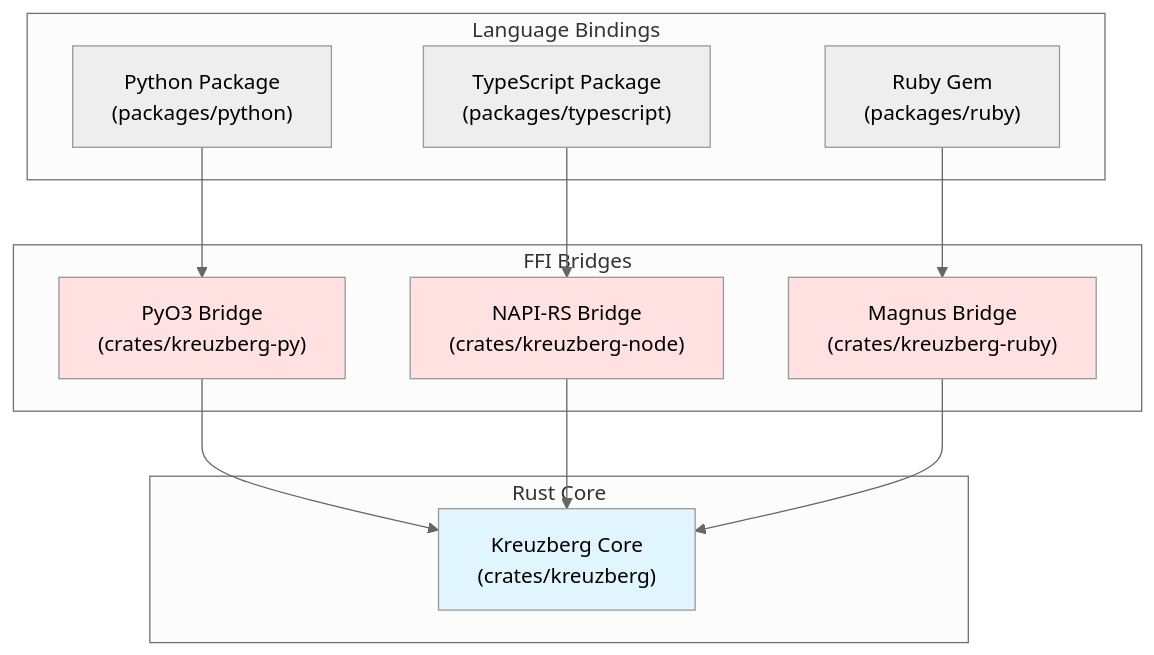
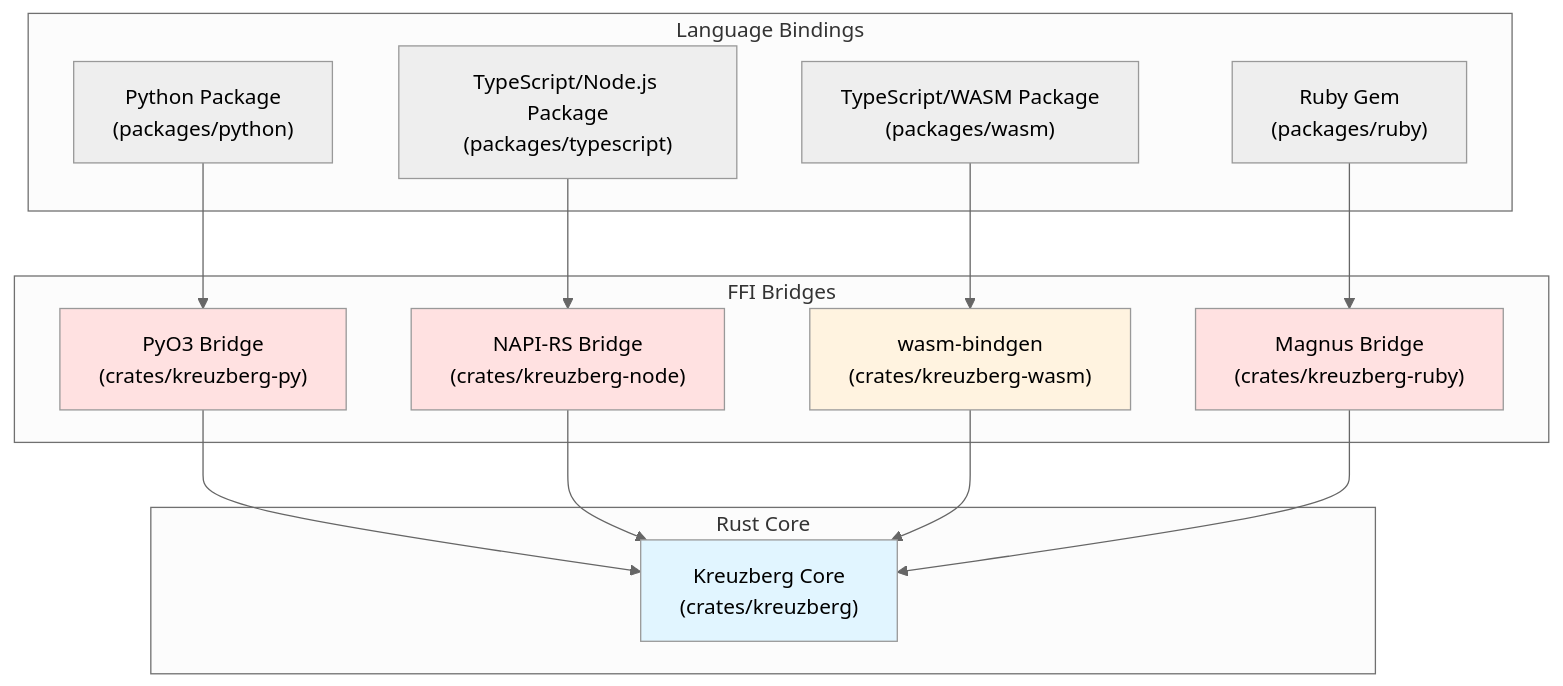
One commit to Goldziher/kreuzberg changed the first of 2 diagrams in docs/concepts/architecture.md. Above: the diagram before and after it, drawn with Mermaid (neutral theme). The commit also changed other lines of this file and 9 other files, not shown here.

````diff
--- a/docs/concepts/architecture.md
+++ b/docs/concepts/architecture.md
@@ -15,30 +15,35 @@
 ```mermaid
 graph TB
     subgraph "Language Bindings"
         Python["Python Package<br/>(packages/python)"]
-        TypeScript["TypeScript Package<br/>(packages/typescript)"]
+        TypeScriptNode["TypeScript/Node.js Package<br/>(packages/typescript)"]
+        TypeScriptWasm["TypeScript/WASM Package<br/>(packages/wasm)"]
         Ruby["Ruby Gem<br/>(packages/ruby)"]
     end
 
     subgraph "FFI Bridges"
         PyO3["PyO3 Bridge<br/>(crates/kreuzberg-py)"]
         NAPIRS["NAPI-RS Bridge<br/>(crates/kreuzberg-node)"]
+        WasmBindgen["wasm-bindgen<br/>(crates/kreuzberg-wasm)"]
         Magnus["Magnus Bridge<br/>(crates/kreuzberg-ruby)"]
     end
 
     subgraph "Rust Core"
         Core["Kreuzberg Core<br/>(crates/kreuzberg)"]
     end
 
     Python --> PyO3
-    TypeScript --> NAPIRS
+    TypeScriptNode --> NAPIRS
+    TypeScriptWasm --> WasmBindgen
     Ruby --> Magnus
     PyO3 --> Core
     NAPIRS --> Core
+    WasmBindgen --> Core
     Magnus --> Core
 
     style Core fill:#e1f5ff
     style PyO3 fill:#ffe1e1
     style NAPIRS fill:#ffe1e1
+    style WasmBindgen fill:#fff3e0
     style Magnus fill:#ffe1e1
 ```
````
